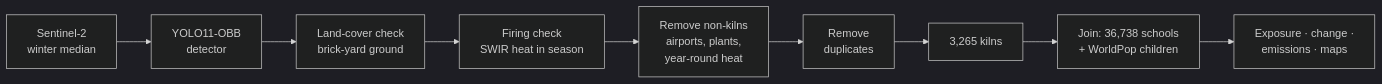
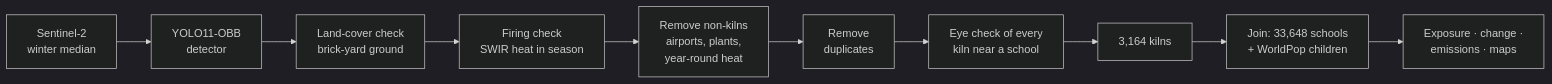
One commit to rashmi049-clutch/kilnwatch changed the diagram in README.md. Above: the diagram before and after it, drawn with Mermaid (dark theme). The commit also changed other lines of this file and 44 other files, not shown here.

First line of the commit message:
Full visual check of near-school kilns; drop stacked school points; rerun all results

````diff
--- a/README.md
+++ b/README.md
@@ -53,11 +55,12 @@
 ```mermaid
 flowchart LR
     A[Sentinel-2<br>winter median] --> B[YOLO11-OBB<br>detector]
     B --> C[Land-cover check<br>brick-yard ground]
     C --> D[Firing check<br>SWIR heat in season]
     D --> E[Remove non-kilns<br>airports, plants,<br>year-round heat]
     E --> F[Remove<br>duplicates]
-    F --> G[3,265 kilns]
-    G --> H[Join: 36,738 schools<br>+ WorldPop children]
+    F --> V[Eye check of every<br>kiln near a school]
+    V --> G[3,164 kilns]
+    G --> H[Join: 33,648 schools<br>+ WorldPop children]
     H --> I[Exposure · change ·<br>emissions · maps]
 ```
````
